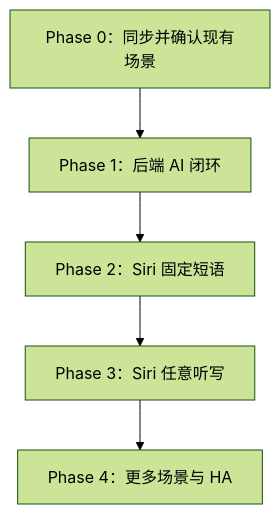
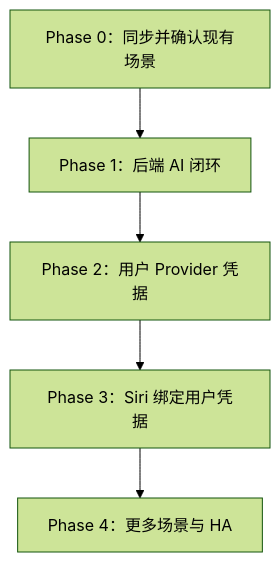
One commit to zhangys10/mijia-web-console changed diagram 23 of 25 in docs/ai-home-poc-design.md. Above: the diagram before and after it, drawn with Mermaid (forest theme). The commit also changed other lines of this file, not shown here.

Commit message:
docs: design per-user LLM provider credentials

````diff
--- a/docs/ai-home-poc-design.md
+++ b/docs/ai-home-poc-design.md
@@ -915,7 +1107,7 @@
 ```mermaid
 flowchart TD
     A["Phase 0：同步并确认现有场景"] --> B["Phase 1：后端 AI 闭环"]
-    B --> C["Phase 2：Siri 固定短语"]
-    C --> D["Phase 3：Siri 任意听写"]
+    B --> C["Phase 2：用户 Provider 凭据"]
+    C --> D["Phase 3：Siri 绑定用户凭据"]
     D --> E["Phase 4：更多场景与 HA"]
 ```
````
